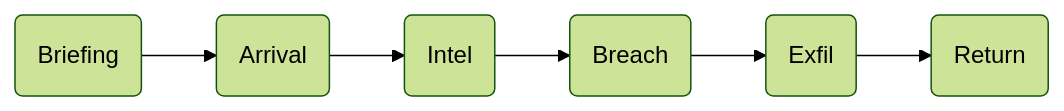
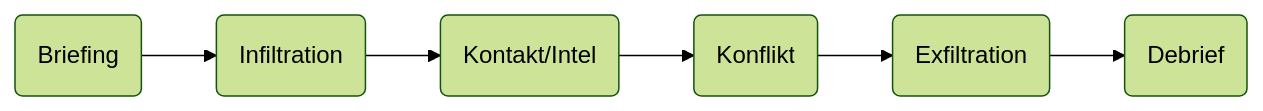
One commit to pchospital-lab/ZEITRISS-md changed the first of 3 diagrams in gameplay/kampagnenstruktur.md. Above: the diagram before and after it, drawn with Mermaid (forest theme). The commit also changed 5 other files, not shown here.

````diff
--- a/gameplay/kampagnenstruktur.md
+++ b/gameplay/kampagnenstruktur.md
@@ -130,8 +130,8 @@
 ```mermaid
 flowchart LR
-    A(Briefing) --> B(Arrival)
-    B --> C(Intel)
-    C --> D(Breach)
-    D --> E(Exfil)
-    E --> F(Return)
+    A(Briefing) --> B(Infiltration)
+    B --> C(Kontakt/Intel)
+    C --> D(Konflikt)
+    D --> E(Exfiltration)
+    E --> F(Debrief)
 ```
````
